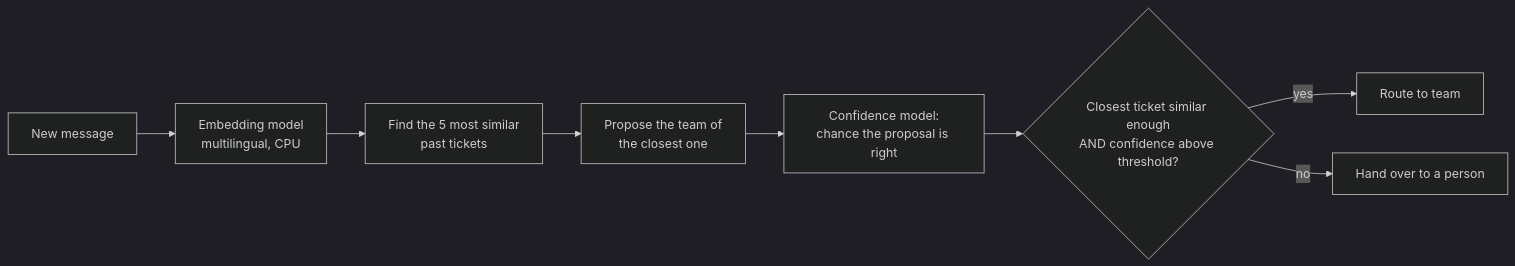
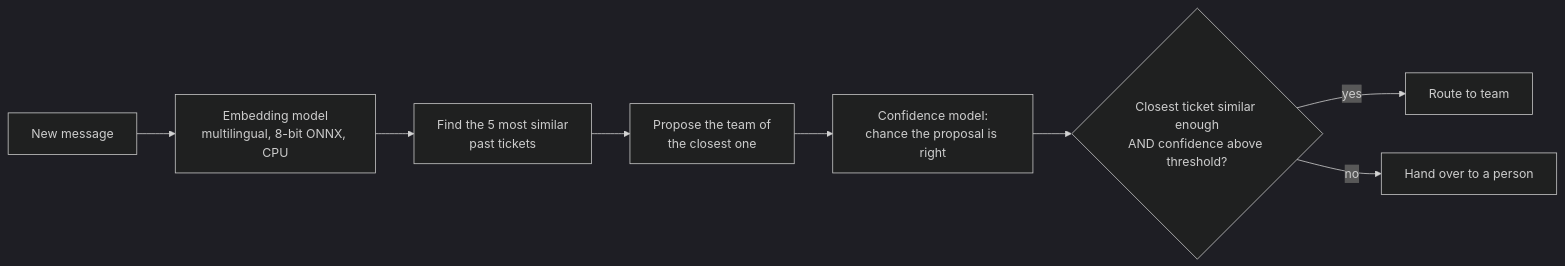
Before and after one commit to mimjamam/handover: the diagram in README.md, drawn with Mermaid (dark theme). The commit also changed other lines of this file and 23 other files, not shown here.

````diff
--- a/README.md
+++ b/README.md
@@ -37,10 +39,10 @@
 ```mermaid
 flowchart LR
-    A[New message] --> B[Embedding model<br/>multilingual, CPU]
+    A[New message] --> B[Embedding model<br/>multilingual, 8-bit ONNX, CPU]
     B --> C[Find the 5 most similar<br/>past tickets]
     C --> D[Propose the team of<br/>the closest one]
     D --> E[Confidence model:<br/>chance the proposal is right]
     E --> F{Closest ticket similar enough<br/>AND confidence above threshold?}
     F -- yes --> G[Route to team]
     F -- no --> H[Hand over to a person]
 ```
````
